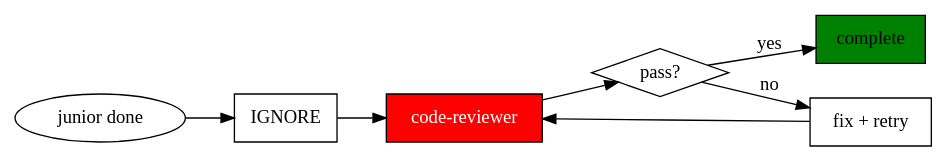
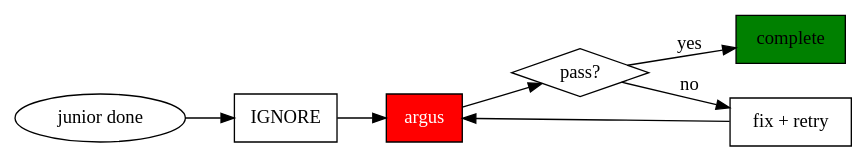
The second of 4 diagrams in skills/sisyphus/SKILL.md (toongri/oh-my-toong-playground), drawn with Graphviz before and after one commit. The commit also changed other lines of this file and 15 other files, not shown here.

````diff
--- a/skills/sisyphus/SKILL.md
+++ b/skills/sisyphus/SKILL.md
@@ -139,16 +139,16 @@
 ```dot
 digraph verification_flow {
     rankdir=LR;
     "junior done" [shape=ellipse];
     "IGNORE" [shape=box];
-    "code-reviewer" [shape=box, style=filled, fillcolor=red, fontcolor=white];
+    "argus" [shape=box, style=filled, fillcolor=red, fontcolor=white];
     "pass?" [shape=diamond];
     "complete" [shape=box, style=filled, fillcolor=green];
     "fix + retry" [shape=box];
 
-    "junior done" -> "IGNORE" -> "code-reviewer" -> "pass?";
+    "junior done" -> "IGNORE" -> "argus" -> "pass?";
     "pass?" -> "complete" [label="yes"];
     "pass?" -> "fix + retry" [label="no"];
-    "fix + retry" -> "code-reviewer";
+    "fix + retry" -> "argus";
 }
 ```
````
